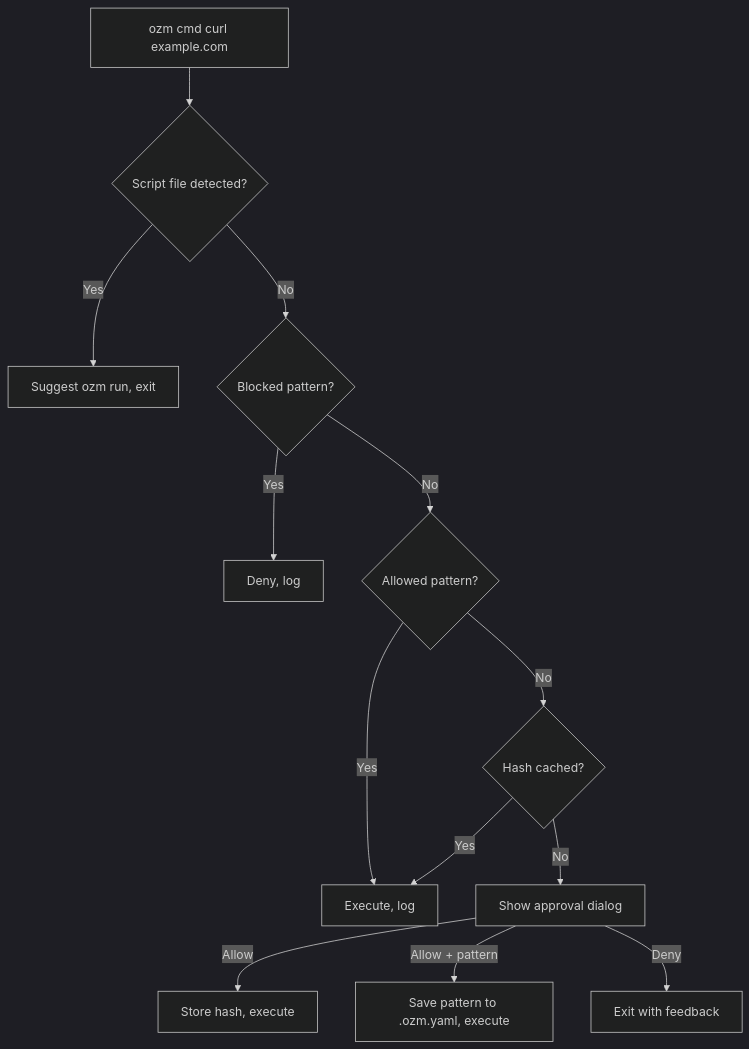
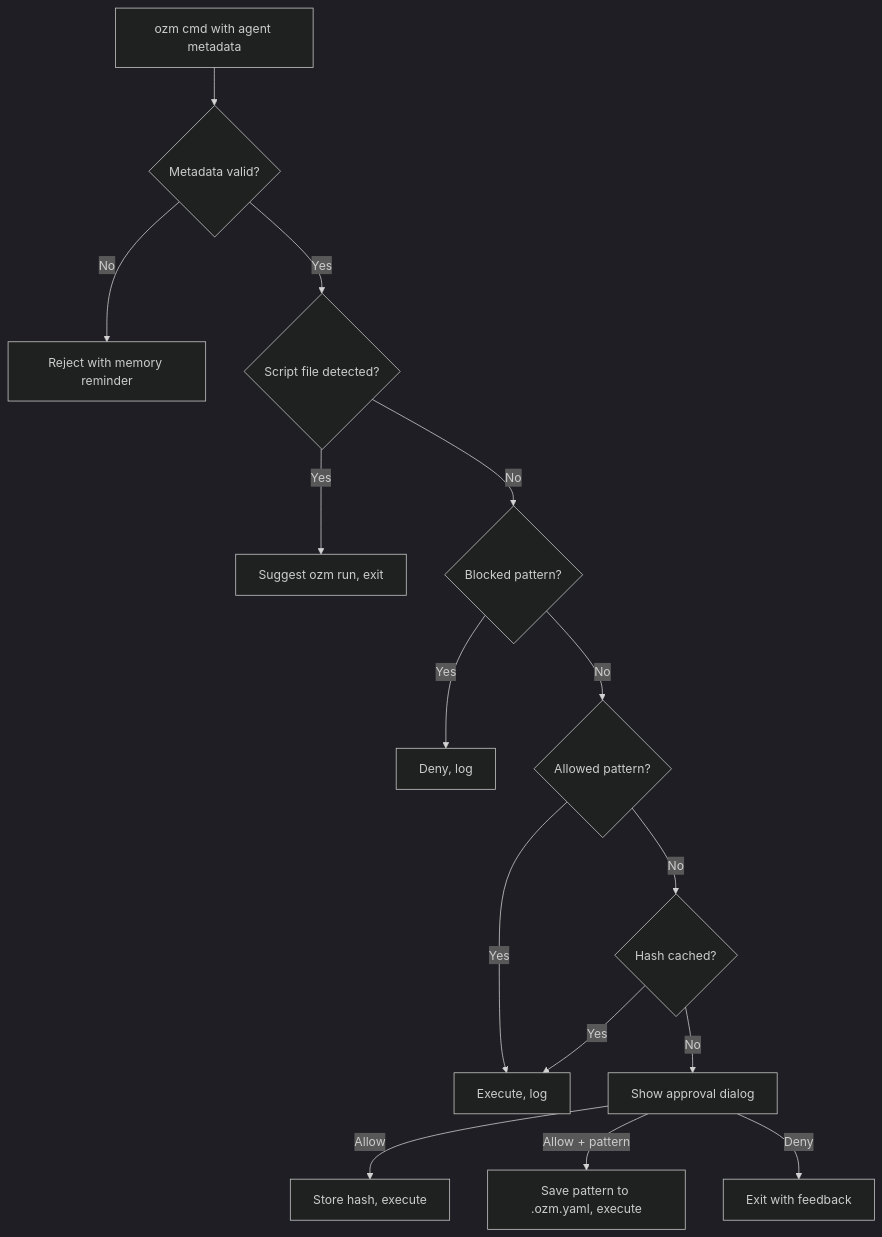
The second of 2 diagrams in docs/commands.md (kamyar/ozm), drawn with Mermaid (dark theme) before and after one commit. The commit also changed other lines of this file and 11 other files, not shown here.

Commit message:
Require agent metadata in ozm approvals

````diff
--- a/docs/commands.md
+++ b/docs/commands.md
@@ -100,15 +104,17 @@
 ```mermaid
 flowchart TD
-    A[ozm cmd curl example.com] --> B{Script file detected?}
+    A[ozm cmd with agent metadata] --> Z{Metadata valid?}
+    Z -->|No| M[Reject with memory reminder]
+    Z -->|Yes| B{Script file detected?}
     B -->|Yes| C[Suggest ozm run, exit]
     B -->|No| D{Blocked pattern?}
     D -->|Yes| E[Deny, log]
     D -->|No| F{Allowed pattern?}
     F -->|Yes| G[Execute, log]
     F -->|No| H{Hash cached?}
     H -->|Yes| G
     H -->|No| I[Show approval dialog]
     I -->|Allow| J[Store hash, execute]
     I -->|Allow + pattern| K[Save pattern to .ozm.yaml, execute]
     I -->|Deny| L[Exit with feedback]
 ```
````
